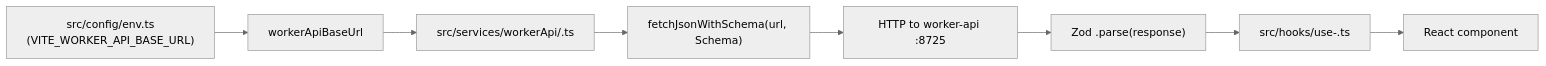
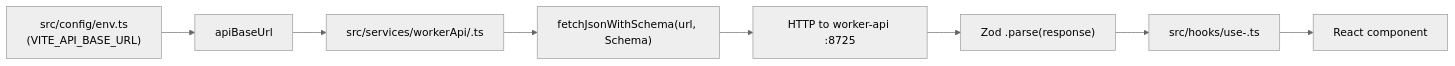
The diagram in apps/front-app/AGENTS.md (louisbrulenaudet/monorepo-template), drawn with Mermaid (neutral theme) before and after one commit. The commit also changed other lines of this file and 5 other files, not shown here.

Commit message:
Update API base URL references; replace VITE_WORKER_API_BASE_URL with VITE_API_BASE_URL across configuration and documentation files for consistency.

````diff
--- a/apps/front-app/AGENTS.md
+++ b/apps/front-app/AGENTS.md
@@ -80,10 +80,10 @@
 ```mermaid
 flowchart LR
-  EnvTs["src/config/env.ts\n(VITE_WORKER_API_BASE_URL)"] --> BaseUrl["workerApiBaseUrl"]
+  EnvTs["src/config/env.ts\n(VITE_API_BASE_URL)"] --> BaseUrl["apiBaseUrl"]
   BaseUrl --> Service["src/services/workerApi/<feature>.ts"]
   Service --> Fetch["fetchJsonWithSchema(url, Schema)"]
   Fetch --> HTTP["HTTP to worker-api :8725"]
   HTTP --> ZodParse["Zod .parse(response)"]
   ZodParse --> Hook["src/hooks/use-<feature>.ts"]
   Hook --> Component["React component"]
 ```
````
